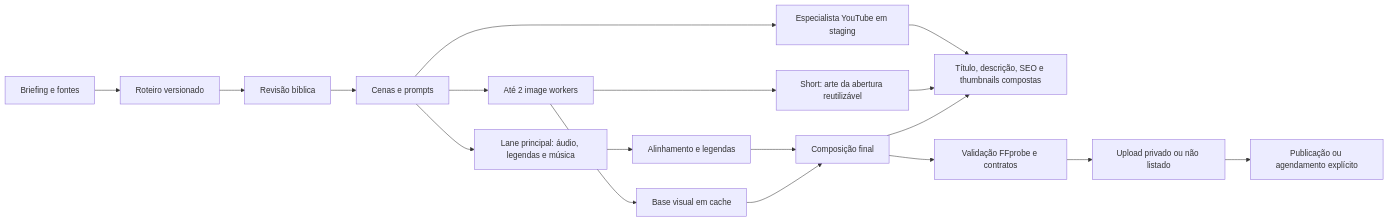
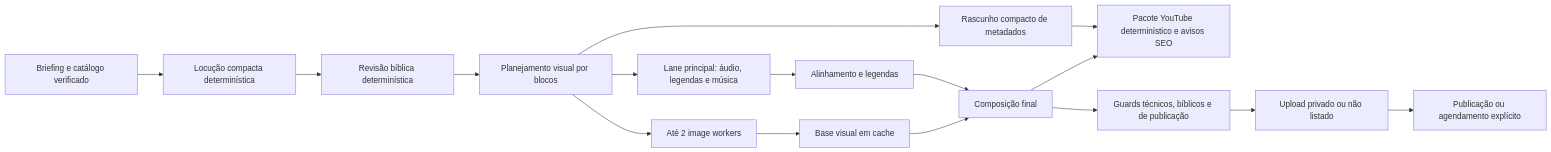
Before and after one commit to Caf3z1n/pipeline-videos: the diagram in docs/architecture.md, drawn with Mermaid. The commit also changed other lines of this file and 54 other files, not shown here.

````diff
--- a/docs/architecture.md
+++ b/docs/architecture.md
@@ -21,20 +24,18 @@
 ```mermaid
 flowchart LR
-    B["Briefing e fontes"] --> S["Roteiro versionado"]
-    S --> R["Revisão bíblica"]
-    R --> C["Cenas e prompts"]
+    B["Briefing e catálogo verificado"] --> S["Locução compacta determinística"]
+    S --> R["Revisão bíblica determinística"]
+    R --> C["Planejamento visual por blocos"]
     C --> I["Até 2 image workers"]
     C --> A["Lane principal: áudio, legendas e música"]
-    C --> G["Especialista YouTube em staging"]
+    C --> G["Rascunho compacto de metadados"]
     A --> L["Alinhamento e legendas"]
     I --> V["Base visual em cache"]
-    I --> T["Short: arte da abertura reutilizável"]
     L --> F["Composição final"]
     V --> F
-    G --> Y["Título, descrição, SEO e thumbnails compostas"]
-    T --> Y
+    G --> Y["Pacote YouTube determinístico e avisos SEO"]
     F --> Y
-    F --> Q["Validação FFprobe e contratos"]
+    F --> Q["Guards técnicos, bíblicos e de publicação"]
     Q --> U["Upload privado ou não listado"]
     U --> P["Publicação ou agendamento explícito"]
 ```
````
